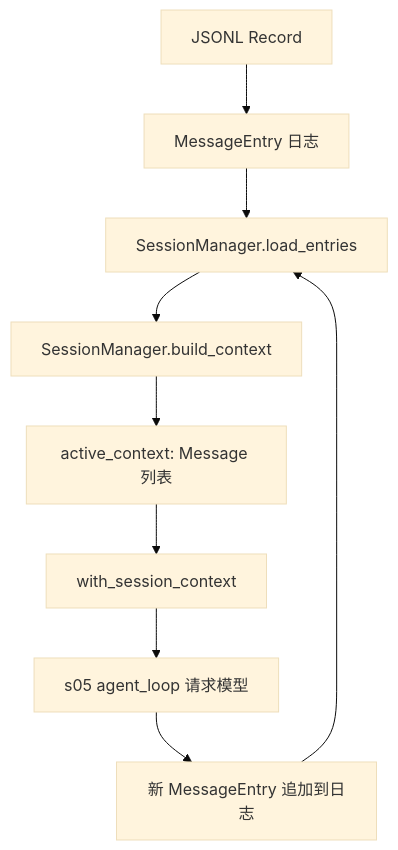
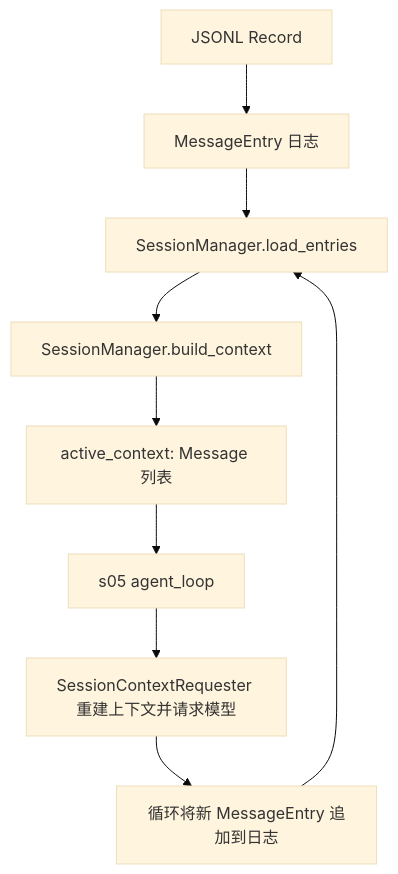
Before and after one commit to liuying151203-create/zero2pi: the diagram in s06_session_context/README.md, drawn with Mermaid (base theme). The commit also changed other lines of this file and 5 other files, not shown here.

Commit message:
refactor(session): clarify context and compaction flows / 理清上下文与压缩流程

````diff
--- a/s06_session_context/README.md
+++ b/s06_session_context/README.md
@@ -36,11 +36,11 @@
 ```mermaid
 flowchart TD
     A[JSONL Record] --> B[MessageEntry 日志]
     B --> C[SessionManager.load_entries]
     C --> D[SessionManager.build_context]
     D --> E[active_context: Message 列表]
-    E --> F[with_session_context]
-    F --> G[s05 agent_loop 请求模型]
-    G --> H[新 MessageEntry 追加到日志]
+    E --> F[s05 agent_loop]
+    F --> G[SessionContextRequester 重建上下文并请求模型]
+    G --> H[循环将新 MessageEntry 追加到日志]
     H --> C
 ```
````
